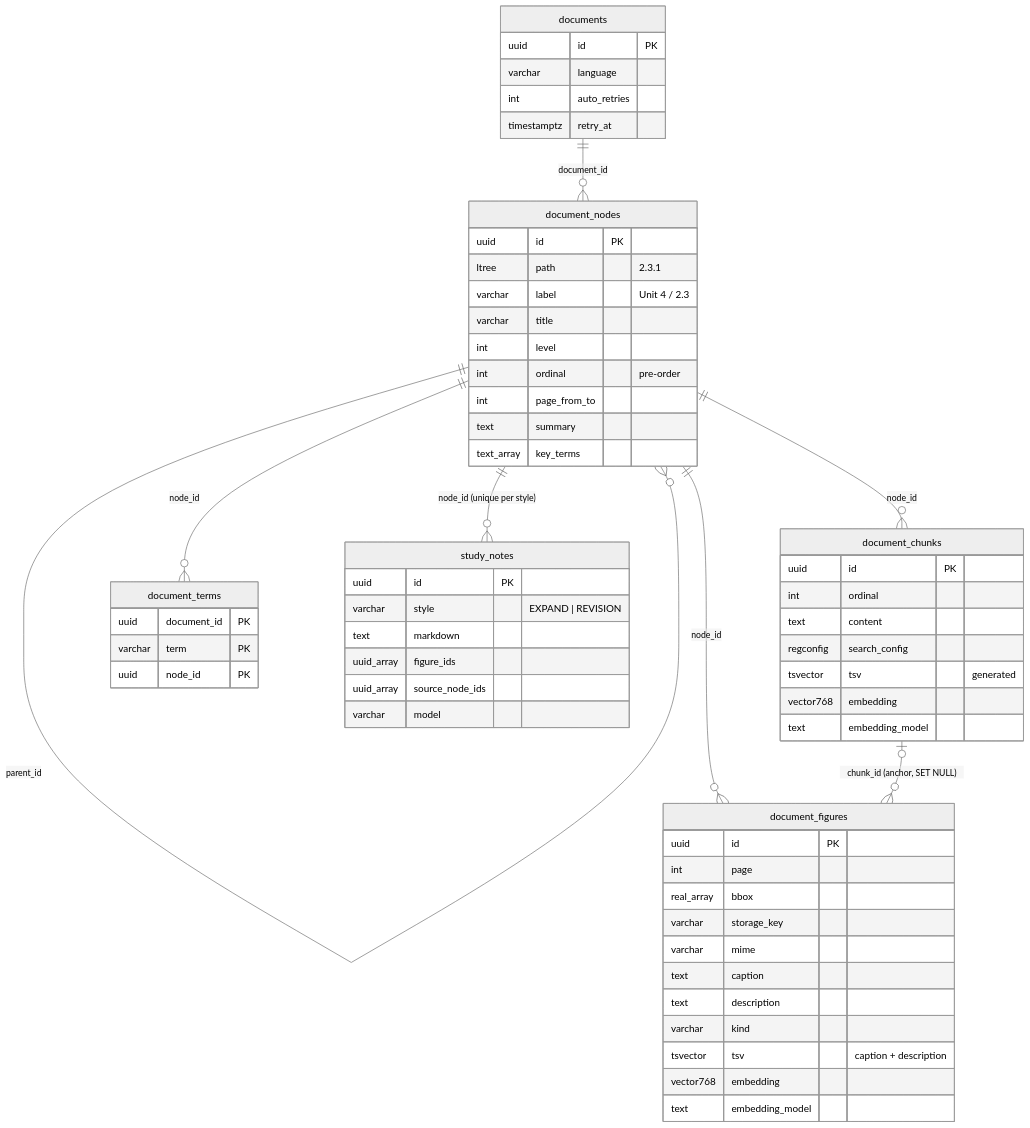
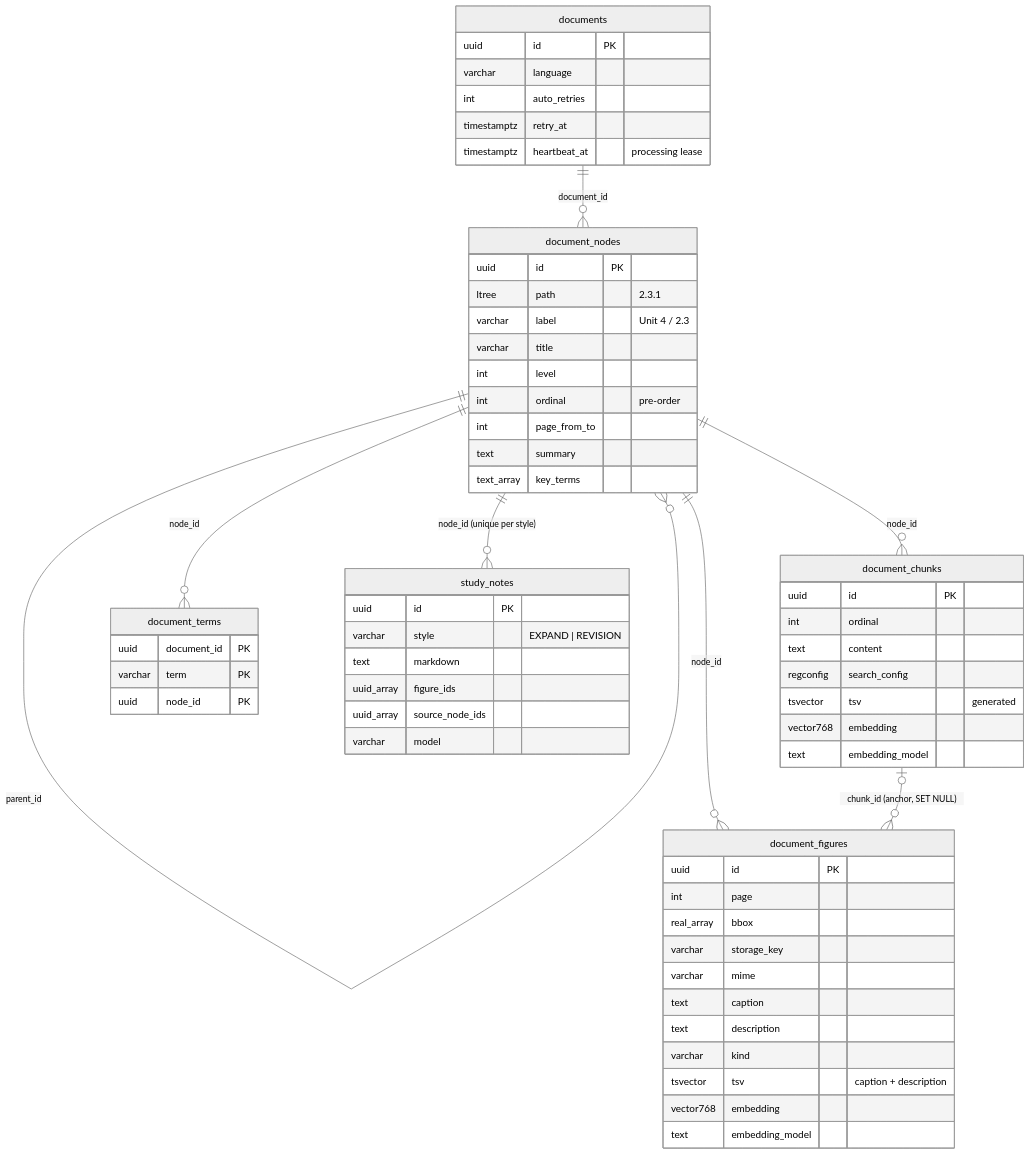
Before and after one commit to supremex04/Sapio: the first of 2 diagrams in docs/architecture/knowledge-storage.md, drawn with Mermaid (neutral theme). The commit also changed other lines of this file and 25 other files, not shown here.

First line of the commit message:
fix(processing): resumed documents get a fresh lease; docs for the contract-based boundary

````diff
--- a/docs/architecture/knowledge-storage.md
+++ b/docs/architecture/knowledge-storage.md
@@ -21,62 +21,63 @@
 ```mermaid
 erDiagram
     documents ||--o{ document_nodes : "document_id"
     document_nodes ||--o{ document_nodes : "parent_id"
     document_nodes ||--o{ document_chunks : "node_id"
     document_nodes ||--o{ document_figures : "node_id"
     document_chunks |o--o{ document_figures : "chunk_id (anchor, SET NULL)"
     document_nodes ||--o{ document_terms : "node_id"
     document_nodes ||--o{ study_notes : "node_id (unique per style)"
     documents {
         uuid id PK
         varchar language
         int auto_retries
         timestamptz retry_at
+        timestamptz heartbeat_at "processing lease"
     }
     document_nodes {
         uuid id PK
         ltree path "2.3.1"
         varchar label "Unit 4 / 2.3"
         varchar title
         int level
         int ordinal "pre-order"
         int page_from_to
         text summary
         text_array key_terms
     }
     document_chunks {
         uuid id PK
         int ordinal
         text content
         regconfig search_config
         tsvector tsv "generated"
         vector768 embedding
         text embedding_model
     }
     document_figures {
         uuid id PK
         int page
         real_array bbox
         varchar storage_key
         varchar mime
         text caption
         text description
         varchar kind
         tsvector tsv "caption + description"
         vector768 embedding
         text embedding_model
     }
     document_terms {
         uuid document_id PK
         varchar term PK
         uuid node_id PK
     }
     study_notes {
         uuid id PK
         varchar style "EXPAND | REVISION"
         text markdown
         uuid_array figure_ids
         uuid_array source_node_ids
         varchar model
     }
 ```
````
